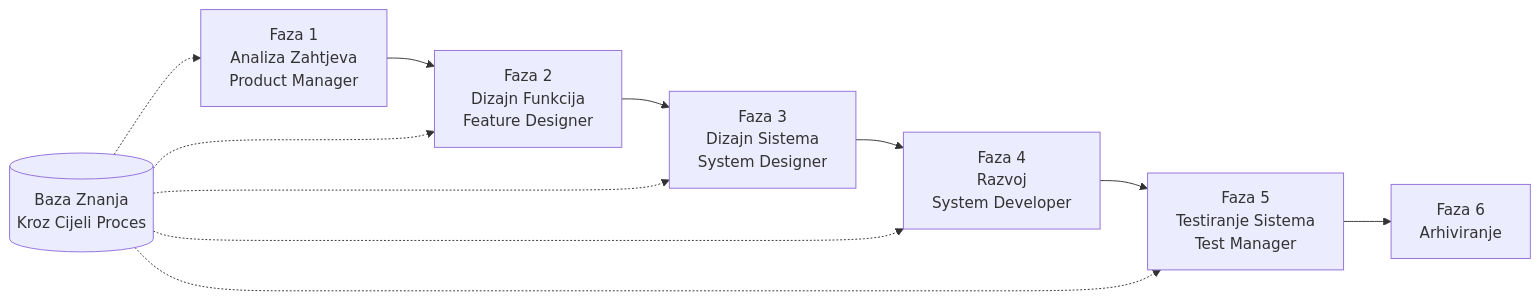
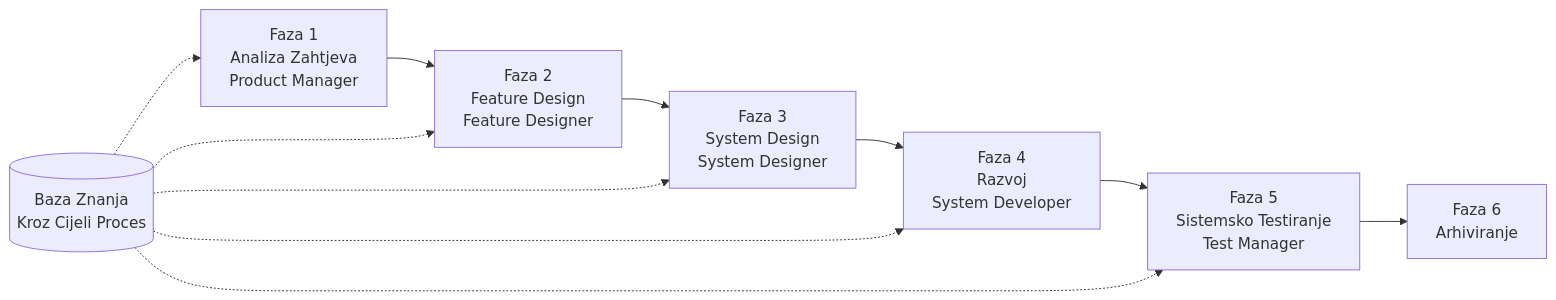
Before and after one commit to charlesmu99/speccrew: the diagram in docs/GETTING-STARTED.bs.md, drawn with Mermaid. The commit also changed other lines of this file and 32 other files, not shown here.

````diff
--- a/docs/GETTING-STARTED.bs.md
+++ b/docs/GETTING-STARTED.bs.md
@@ -70,14 +144,14 @@
 ```mermaid
 flowchart LR
-    PRD[Faza 1<br/>Analiza Zahtjeva<br/>Product Manager] --> FD[Faza 2<br/>Dizajn Funkcija<br/>Feature Designer]
-    FD --> SD[Faza 3<br/>Dizajn Sistema<br/>System Designer]
+    PRD[Faza 1<br/>Analiza Zahtjeva<br/>Product Manager] --> FD[Faza 2<br/>Feature Design<br/>Feature Designer]
+    FD --> SD[Faza 3<br/>System Design<br/>System Designer]
     SD --> DEV[Faza 4<br/>Razvoj<br/>System Developer]
-    DEV --> TEST[Faza 5<br/>Testiranje Sistema<br/>Test Manager]
+    DEV --> TEST[Faza 5<br/>Sistemsko Testiranje<br/>Test Manager]
     TEST --> ARCHIVE[Faza 6<br/>Arhiviranje]
     
     KB[(Baza Znanja<br/>Kroz Cijeli Proces)] -.-> PRD
     KB -.-> FD
     KB -.-> SD
     KB -.-> DEV
     KB -.-> TEST
 ```
````
